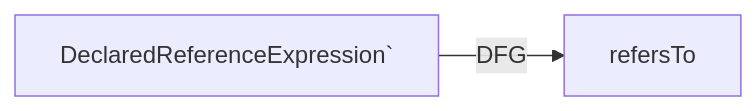
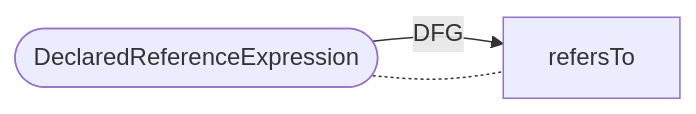
Diagram 13 of 28 in cpg-core/specifications/dfg.md (Fraunhofer-AISEC/cpg), drawn with Mermaid before and after one commit. The commit also changed other lines of this file, not shown here.

````diff
--- a/cpg-core/specifications/dfg.md
+++ b/cpg-core/specifications/dfg.md
@@ -183,4 +192,5 @@
   ```mermaid
   flowchart LR
-    DeclaredReferenceExpression` -- DFG --> refersTo;
+    node([DeclaredReferenceExpression]) -- DFG --> refersTo;
+    node -.- refersTo;
   ```
````
